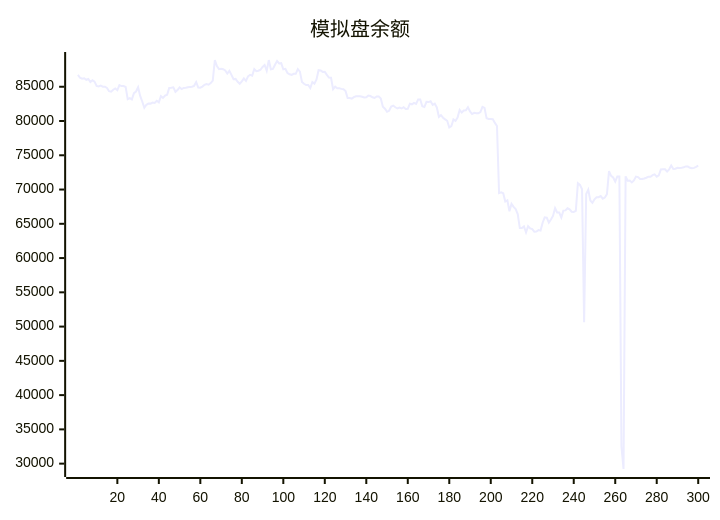
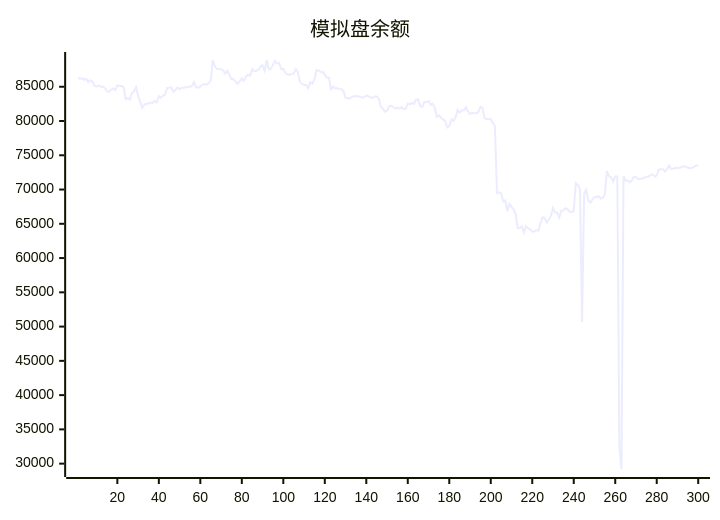
One commit to aahl/ai-trading changed the diagram in README.md. Above: the diagram before and after it, drawn with Mermaid. The commit also changed other lines of this file and 1 other file, not shown here.

````diff
--- a/README.md
+++ b/README.md
@@ -5,5 +5,5 @@
 ```mermaid
 xychart
     title "模拟盘余额"
-    line [86731,86310,86176,86240,86017,86136,85685,85938,85749,85111,85044,85164,85016,85008,84824,84354,84287,84572,84745,84500,85234,85096,85095,84970,83180,83338,83157,84070,84309,84922,83667,82850,81924,82369,82552,82539,82695,82648,82962,82728,83619,83378,83710,83825,84819,84854,84917,84265,84527,84919,84668,84834,84850,84916,84981,85004,85131,85674,84891,84864,85019,85284,85393,85294,85538,85894,88904,88012,87567,87625,87568,87386,86920,87313,86737,86094,86143,85725,85437,85787,86219,85859,86526,86740,86630,87563,87264,87335,87483,87886,88180,87335,88894,87544,87608,88207,88755,88401,88444,87543,87608,87000,86810,86740,86894,86884,87576,87209,85686,85435,85251,85255,84820,85689,85453,86066,87420,87373,87161,87178,86740,86341,86315,84643,85012,84772,84768,84690,84635,84376,83360,83357,83259,83474,83608,83606,83602,83548,83440,83454,83724,83644,83464,83365,83590,83592,83275,82072,81806,81344,81492,82109,82254,82006,81848,81955,81829,82022,81769,81776,82522,82441,82656,82498,83144,83144,82150,82038,82797,82763,82872,82367,82536,81981,80612,80862,80484,80242,80034,79063,79245,80226,80016,80507,81625,81233,81544,81578,82016,81401,81019,81186,81130,81118,81306,82066,81909,80392,80304,80291,80258,79729,79261,69466,69579,69456,68251,68415,66832,67911,67462,67144,66432,64380,64375,64606,63740,64647,64324,64216,63842,63877,64078,64008,65156,65945,65888,65157,65625,66144,67284,66653,66639,65924,66925,66956,67263,67108,66766,66729,66886,70927,70673,70049,50652,69334,69973,68400,68061,68578,68876,68879,69055,68662,68822,69329,72687,71999,71760,71162,71911,71896,32500,29218,71927,71297,71305,71044,71337,71883,71822,71536,71536,71622,71723,71880,71860,72100,72216,71887,72077,72940,72976,72966,72638,72948,73497,73004,73041,73173,73160,73186,73258,73375,73351,73173,73098,73161,73305,73474]
+    line [86310,86176,86240,86017,86136,85685,85938,85749,85111,85044,85164,85016,85008,84824,84354,84287,84572,84745,84500,85234,85096,85095,84970,83180,83338,83157,84070,84309,84922,83667,82850,81924,82369,82552,82539,82695,82648,82962,82728,83619,83378,83710,83825,84819,84854,84917,84265,84527,84919,84668,84834,84850,84916,84981,85004,85131,85674,84891,84864,85019,85284,85393,85294,85538,85894,88904,88012,87567,87625,87568,87386,86920,87313,86737,86094,86143,85725,85437,85787,86219,85859,86526,86740,86630,87563,87264,87335,87483,87886,88180,87335,88894,87544,87608,88207,88755,88401,88444,87543,87608,87000,86810,86740,86894,86884,87576,87209,85686,85435,85251,85255,84820,85689,85453,86066,87420,87373,87161,87178,86740,86341,86315,84643,85012,84772,84768,84690,84635,84376,83360,83357,83259,83474,83608,83606,83602,83548,83440,83454,83724,83644,83464,83365,83590,83592,83275,82072,81806,81344,81492,82109,82254,82006,81848,81955,81829,82022,81769,81776,82522,82441,82656,82498,83144,83144,82150,82038,82797,82763,82872,82367,82536,81981,80612,80862,80484,80242,80034,79063,79245,80226,80016,80507,81625,81233,81544,81578,82016,81401,81019,81186,81130,81118,81306,82066,81909,80392,80304,80291,80258,79729,79261,69466,69579,69456,68251,68415,66832,67911,67462,67144,66432,64380,64375,64606,63740,64647,64324,64216,63842,63877,64078,64008,65156,65945,65888,65157,65625,66144,67284,66653,66639,65924,66925,66956,67263,67108,66766,66729,66886,70927,70673,70049,50652,69334,69973,68400,68061,68578,68876,68879,69055,68662,68822,69329,72687,71999,71760,71162,71911,71896,32500,29218,71927,71297,71305,71044,71337,71883,71822,71536,71536,71622,71723,71880,71860,72100,72216,71887,72077,72940,72976,72966,72638,72948,73497,73004,73041,73173,73160,73186,73258,73375,73351,73173,73098,73161,73305,73474,73536]
 ```
````
